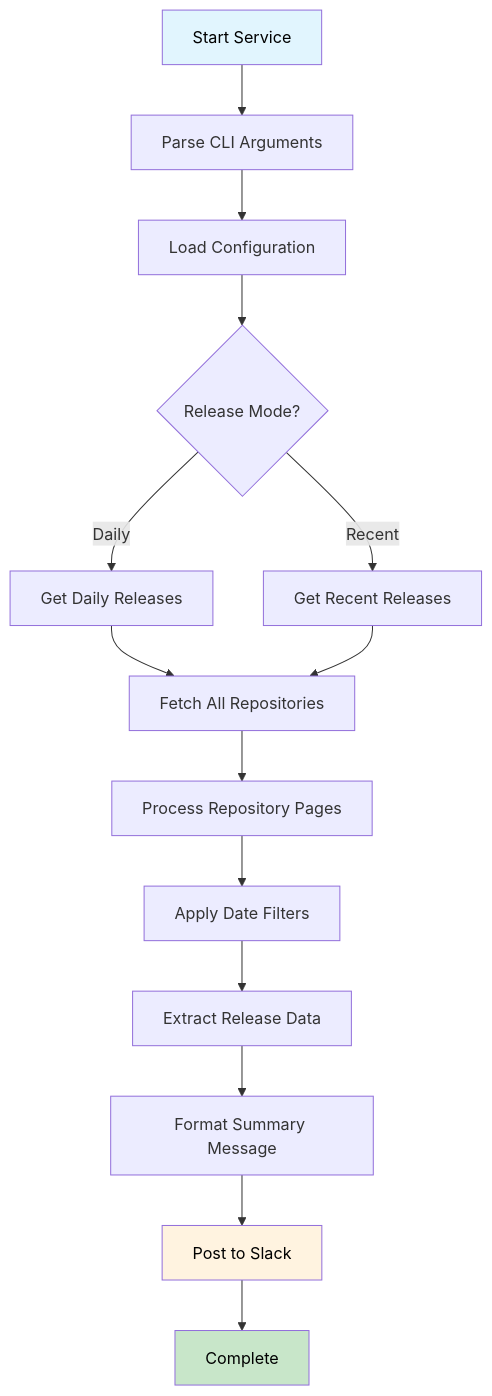
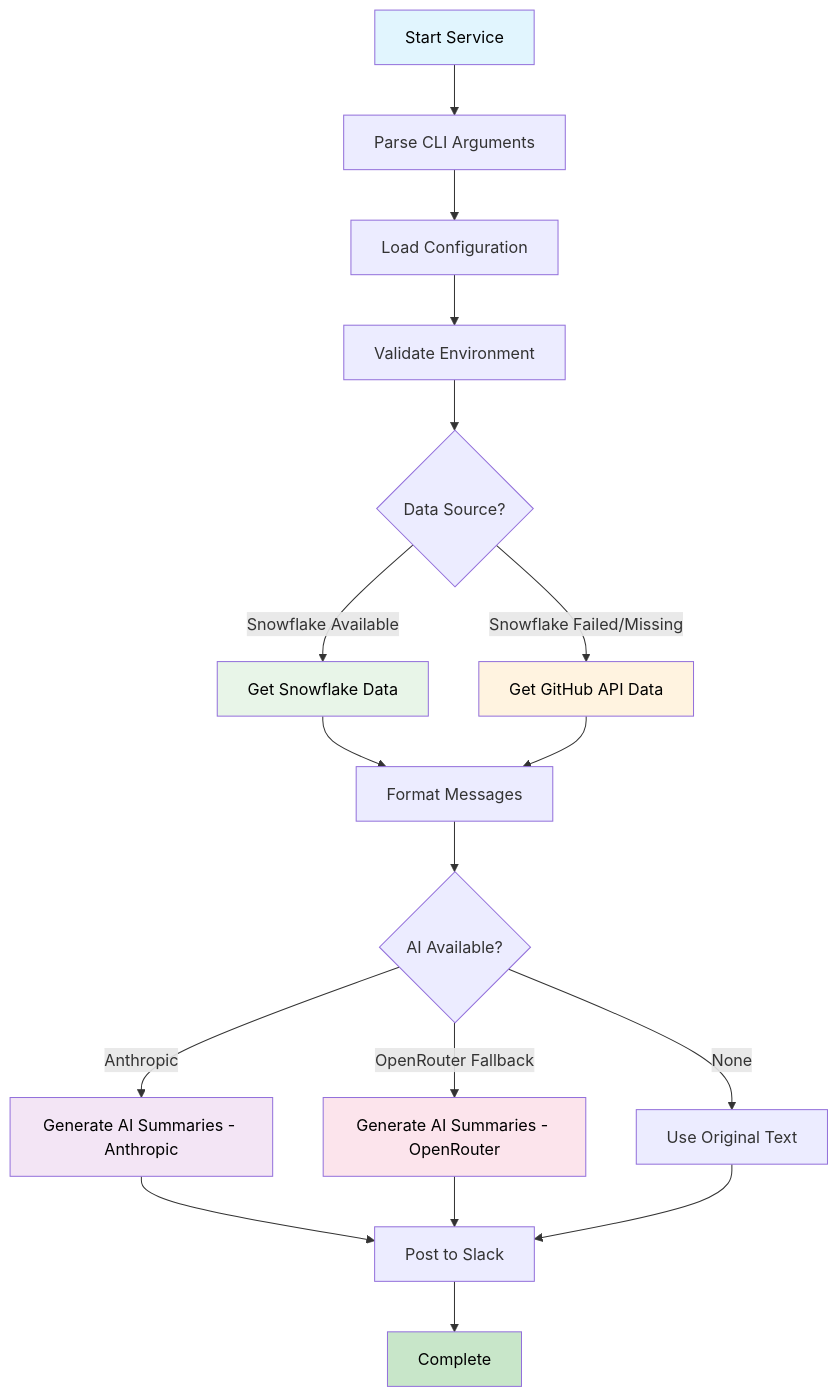
One commit to akhilarsh/github-release-digest changed the first of 5 diagrams in ARCHITECTURE.md. Above: the diagram before and after it, drawn with Mermaid. The commit also changed other lines of this file and 1 other file, not shown here.

First line of the commit message:
Update docs for AI, Snowflake, and advanced features

````diff
--- a/ARCHITECTURE.md
+++ b/ARCHITECTURE.md
@@ -17,23 +18,26 @@
 ```mermaid
 graph TD
     A[Start Service] --> B[Parse CLI Arguments]
     B --> C[Load Configuration]
-    C --> D{Release Mode?}
-    
-    D -->|Daily| E[Get Daily Releases]
-    D -->|Recent| F[Get Recent Releases]
-    
-    E --> G[Fetch All Repositories]
-    F --> G
-    
-    G --> H[Process Repository Pages]
-    H --> I[Apply Date Filters]
-    I --> J[Extract Release Data]
-    J --> K[Format Summary Message]
-    K --> L[Post to Slack]
-    L --> M[Complete]
+    C --> D[Validate Environment]
+    D --> E{Data Source?}
+    E -->|Snowflake Available| F[Get Snowflake Data]
+    E -->|Snowflake Failed/Missing| G[Get GitHub API Data]
+    F --> H[Format Messages]
+    G --> H
+    H --> I{AI Available?}
+    I -->|Anthropic| J[Generate AI Summaries - Anthropic]
+    I -->|OpenRouter Fallback| K[Generate AI Summaries - OpenRouter]
+    I -->|None| L[Use Original Text]
+    J --> M[Post to Slack]
+    K --> M
+    L --> M
+    M --> N[Complete]
     
     style A fill:#e1f5fe,color:#000
-    style M fill:#c8e6c9,color:#000
-    style L fill:#fff3e0,color:#000
+    style N fill:#c8e6c9,color:#000
+    style F fill:#e8f5e8,color:#000
+    style G fill:#fff3e0,color:#000
+    style J fill:#f3e5f5,color:#000
+    style K fill:#fce4ec,color:#000
 ```
````
